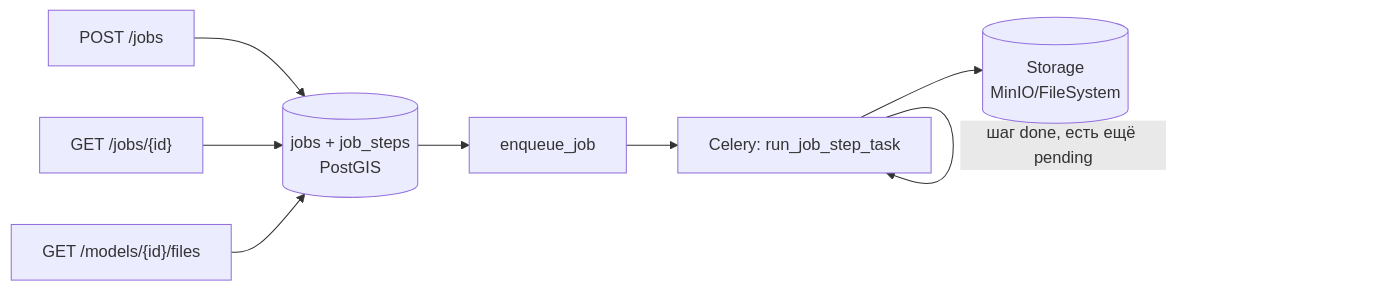
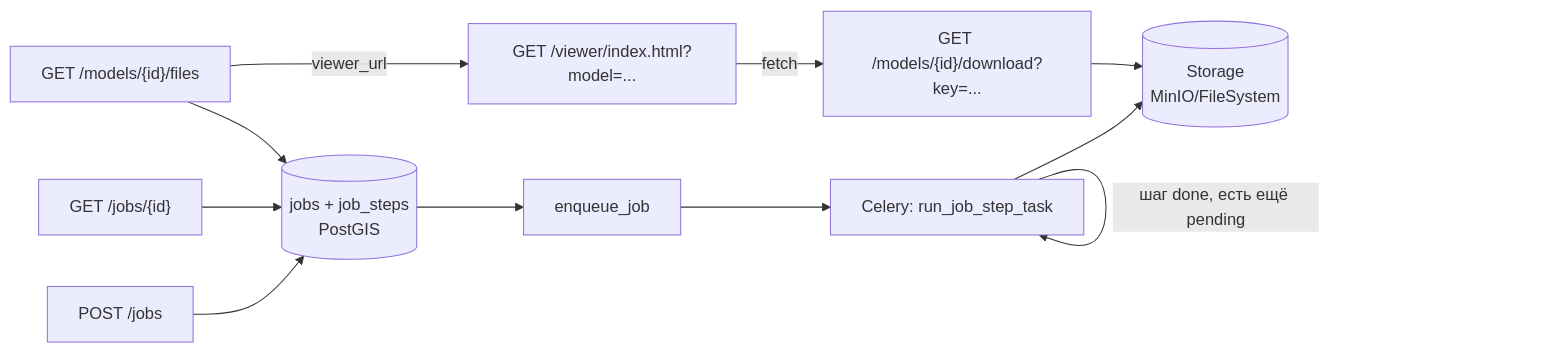
Before and after one commit to senkinegor1803-byte/Topology-: the diagram in docs/api.md, drawn with Mermaid. The commit also changed other lines of this file and 18 other files, not shown here.

````diff
--- a/docs/api.md
+++ b/docs/api.md
@@ -38,10 +40,13 @@
 ```mermaid
 flowchart LR
     A["POST /jobs"] --> B[("jobs + job_steps<br/>PostGIS")]
     B --> C["enqueue_job"]
     C --> D["Celery: run_job_step_task"]
     D -->|шаг done, есть ещё pending| D
     D --> E[("Storage<br/>MinIO/FileSystem")]
     F["GET /jobs/{id}"] --> B
     G["GET /models/{id}/files"] --> B
+    G -->|viewer_url| H["GET /viewer/index.html?model=..."]
+    H -->|fetch| I["GET /models/{id}/download?key=..."]
+    I --> E
 ```
````
